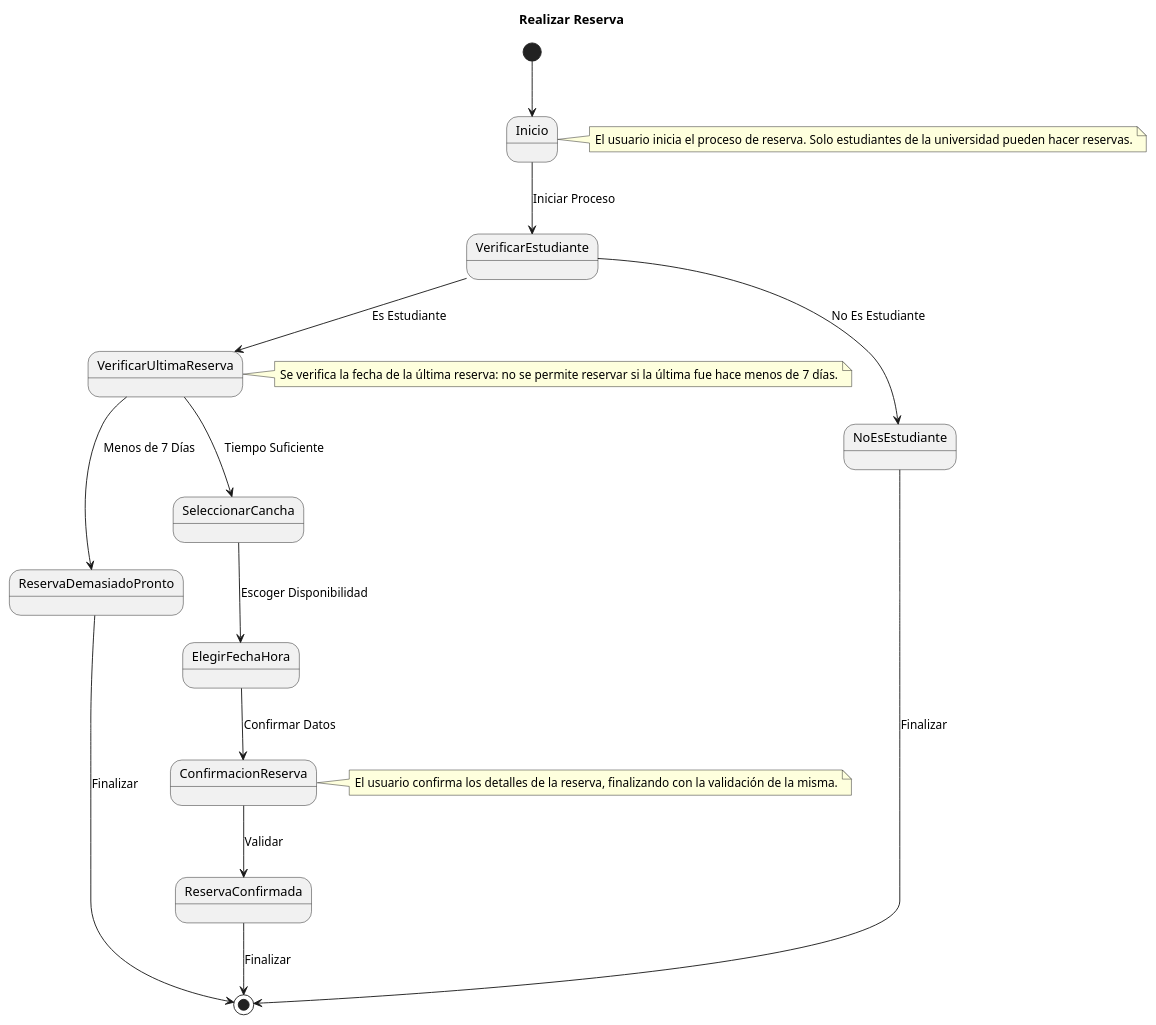
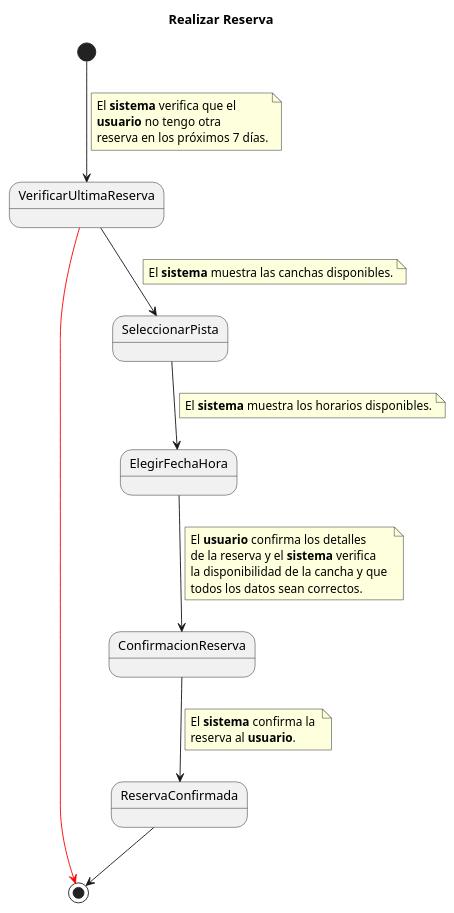
One commit to pablarce/23-24-IdSw1-SDR changed the diagram in CasosDeUso/CduDetallados/CduReserva/RealizarReserva.puml. Above: the diagram before and after it, drawn with PlantUML. The commit also changed 1 other file, not shown here.

Commit message:
Cambios a CDU RealizarReserva

```diff
--- a/CasosDeUso/CduDetallados/CduReserva/RealizarReserva.puml
+++ b/CasosDeUso/CduDetallados/CduReserva/RealizarReserva.puml
@@ -1,30 +1,35 @@
 @startuml
 title Realizar Reserva
 
-[*] --> Inicio
-note right of Inicio
- El usuario inicia el proceso de reserva. Solo estudiantes de la universidad pueden hacer reservas.
+[*] --> VerificarUltimaReserva
+note on link
+El **sistema** verifica que el 
+**usuario** no tengo otra 
+reserva en los próximos 7 días.
 end note
 
-Inicio --> VerificarEstudiante : Iniciar Proceso
-VerificarEstudiante --> NoEsEstudiante : No Es Estudiante
-VerificarEstudiante --> VerificarUltimaReserva : Es Estudiante
-note right of VerificarUltimaReserva
- Se verifica la fecha de la última reserva: no se permite reservar si la última fue hace menos de 7 días.
+VerificarUltimaReserva --> SeleccionarPista
+note on link
+El **sistema** muestra las canchas disponibles.
+end note
+SeleccionarPista --> ElegirFechaHora
+note on link
+El **sistema** muestra los horarios disponibles.
+end note
+ElegirFechaHora --> ConfirmacionReserva
+note on link
+ El **usuario** confirma los detalles 
+ de la reserva y el **sistema** verifica
+ la disponibilidad de la cancha y que 
+ todos los datos sean correctos.
 end note
 
-VerificarUltimaReserva --> ReservaDemasiadoPronto : Menos de 7 Días
-VerificarUltimaReserva --> SeleccionarCancha : Tiempo Suficiente
-SeleccionarCancha --> ElegirFechaHora : Escoger Disponibilidad
-
-ElegirFechaHora --> ConfirmacionReserva : Confirmar Datos
-note right of ConfirmacionReserva
- El usuario confirma los detalles de la reserva, finalizando con la validación de la misma.
+ConfirmacionReserva --> ReservaConfirmada
+note on link
+El **sistema** confirma la 
+reserva al **usuario**.
 end note
-
-ConfirmacionReserva --> ReservaConfirmada : Validar
-ReservaConfirmada --> [*] : Finalizar
-NoEsEstudiante --> [*] : Finalizar
-ReservaDemasiadoPronto --> [*] : Finalizar
+ReservaConfirmada --> [*]
+VerificarUltimaReserva -[#red]> [*]
 
 @enduml
```
